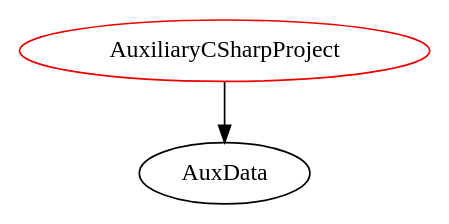
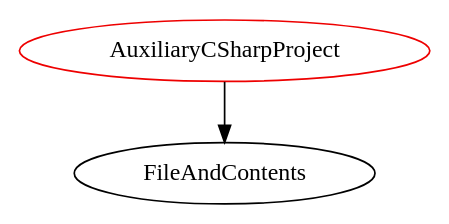
The diagram in analysis/TypeDependencyGraphs/code/AuxiliaryCSharpProject.dot (JacquesCarette/Drasil), drawn with Graphviz before and after one commit. The commit also changed 172 other files, not shown here.

```diff
--- a/analysis/TypeDependencyGraphs/code/AuxiliaryCSharpProject.dot
+++ b/analysis/TypeDependencyGraphs/code/AuxiliaryCSharpProject.dot
@@ -1,4 +1,4 @@
 digraph auxiliarycsharpproject{
 AuxiliaryCSharpProject	[shape=oval, color=red2, label="AuxiliaryCSharpProject"];
-AuxiliaryCSharpProject -> AuxData;
+AuxiliaryCSharpProject -> FileAndContents;
 }
```
